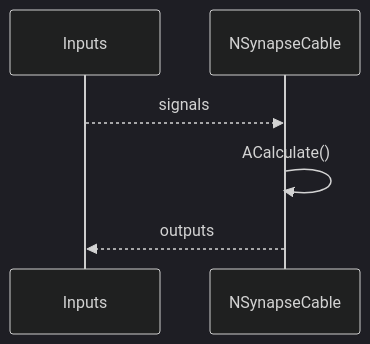
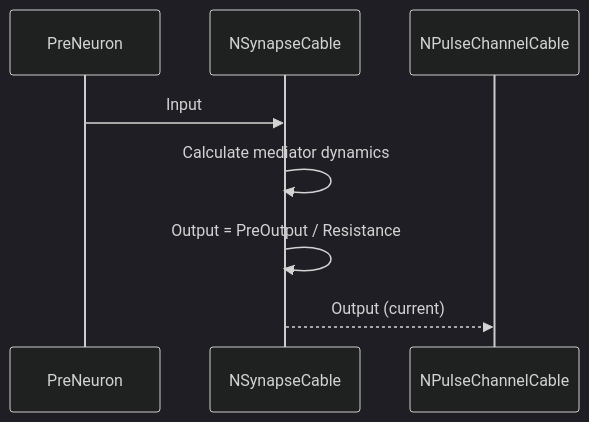
The third of 6 diagrams in Docs/Components/NSynapseCable.md (aicommunity/Nmsdk-PulseLib), drawn with Mermaid (dark theme) before and after one commit. The commit also changed other lines of this file and 196 other files, not shown here.

````diff
--- a/Docs/Components/NSynapseCable.md
+++ b/Docs/Components/NSynapseCable.md
@@ -24,8 +125,11 @@
 ```mermaid
 sequenceDiagram
-    participant In as Inputs
-    participant X as NSynapseCable
-    In-->>X: signals
-    X->>X: ACalculate()
-    X-->>In: outputs
+    participant PreNeuron
+    participant Synapse as NSynapseCable
+    participant Channel as NPulseChannelCable
+    
+    PreNeuron->>Synapse: Input
+    Synapse->>Synapse: Calculate mediator dynamics
+    Synapse->>Synapse: Output = PreOutput / Resistance
+    Synapse-->>Channel: Output (current)
 ```
````
